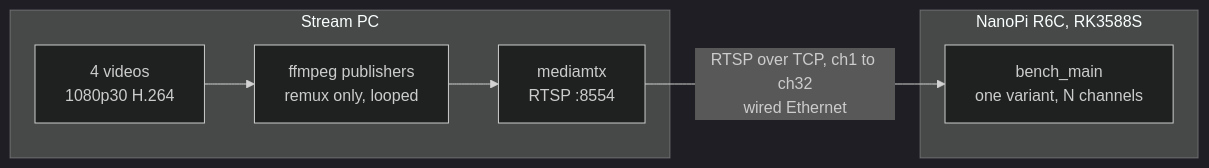
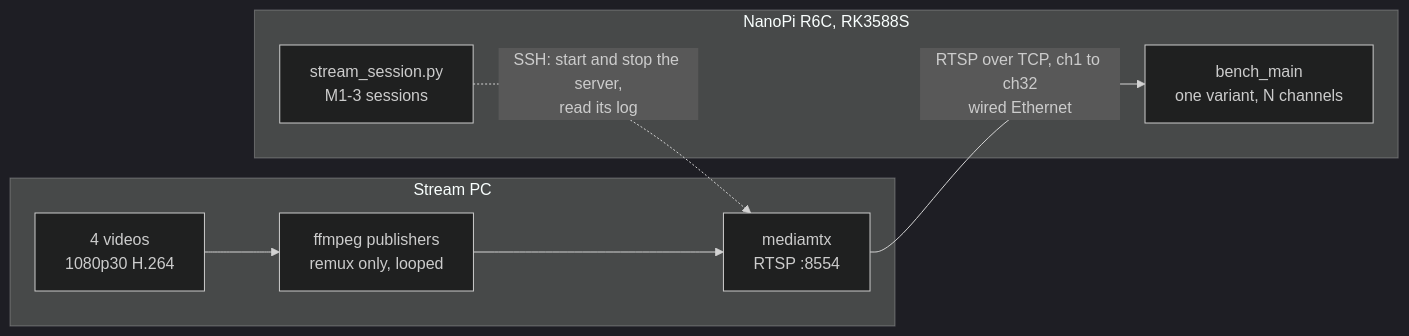
The first of 3 diagrams in README.md (eunkyo3/rk3588s-zero-copy), drawn with Mermaid (dark theme) before and after one commit. The commit also changed other lines of this file and 466 other files, not shown here.

````diff
--- a/README.md
+++ b/README.md
@@ -40,11 +40,13 @@
 ```mermaid
 flowchart LR
     subgraph PC["Stream PC"]
         V["4 videos<br>1080p30 H.264"] --> P["ffmpeg publishers<br>remux only, looped"]
         P --> M["mediamtx<br>RTSP :8554"]
     end
     subgraph BOARD["NanoPi R6C, RK3588S"]
         BM["bench_main<br>one variant, N channels"]
+        SS["stream_session.py<br>M1-3 sessions"]
     end
     M -- "RTSP over TCP, ch1 to ch32<br>wired Ethernet" --> BM
+    SS -. "SSH: start and stop the server,<br>read its log" .-> M
 ```
````
